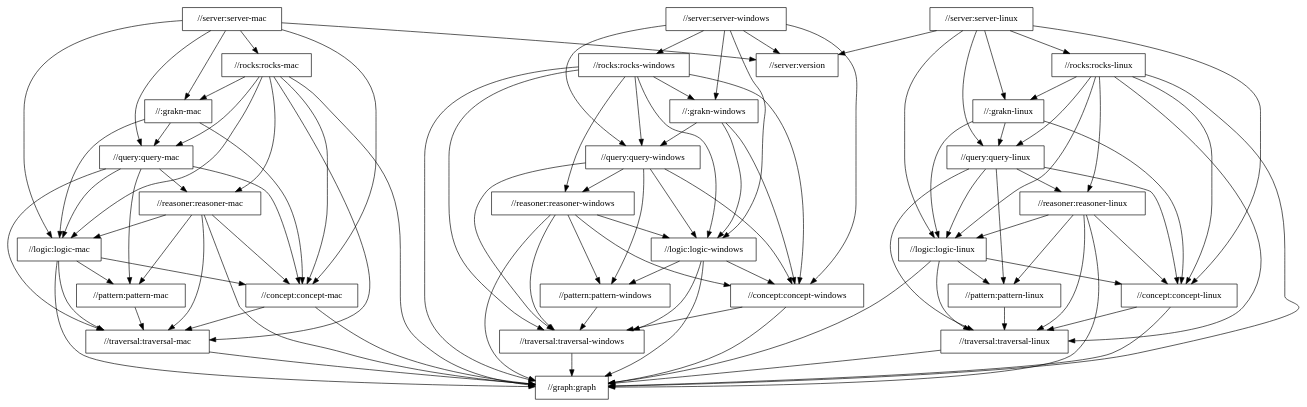
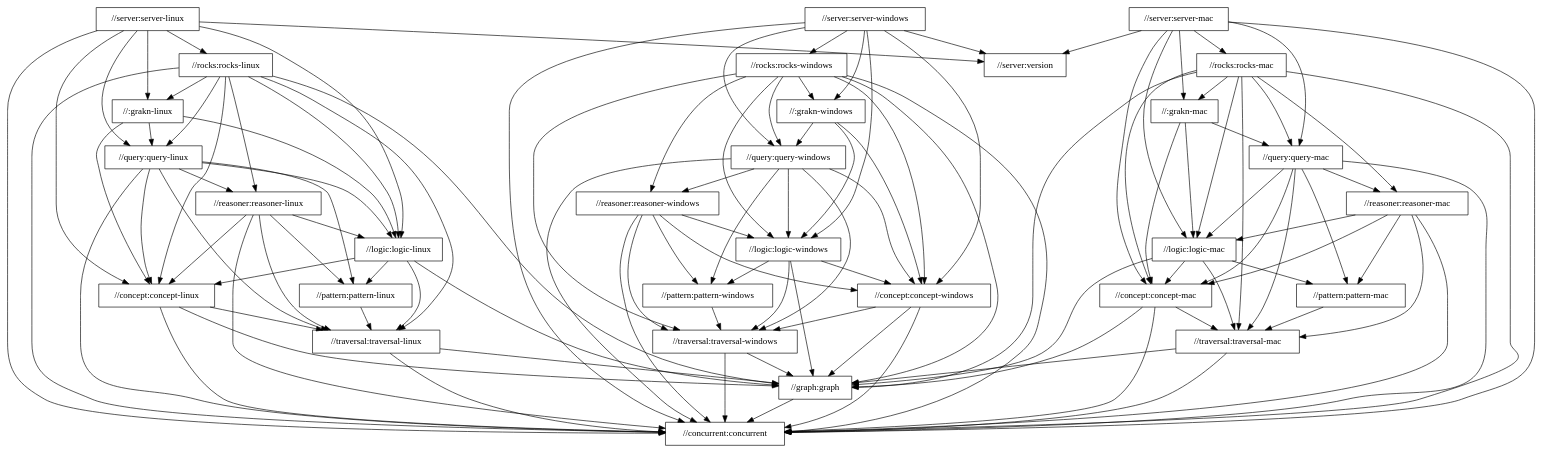
One commit to typedb/typedb changed the diagram in docs/package-structure.dot. Above: the diagram before and after it, drawn with Graphviz. The commit also changed 1 other file, not shown here.

```diff
--- a/docs/package-structure.dot
+++ b/docs/package-structure.dot
@@ -1,134 +1,151 @@
 digraph mygraph {
   node [shape=box];
+  "//server:server-linux"
+  "//server:server-linux" -> "//:grakn-linux"
+  "//server:server-linux" -> "//server:version"
+  "//server:server-linux" -> "//concept:concept-linux"
+  "//server:server-linux" -> "//concurrent:concurrent"
+  "//server:server-linux" -> "//logic:logic-linux"
+  "//server:server-linux" -> "//query:query-linux"
+  "//server:server-linux" -> "//rocks:rocks-linux"
+  "//server:server-windows"
+  "//server:server-windows" -> "//:grakn-windows"
+  "//server:server-windows" -> "//server:version"
+  "//server:server-windows" -> "//concept:concept-windows"
+  "//server:server-windows" -> "//concurrent:concurrent"
+  "//server:server-windows" -> "//logic:logic-windows"
+  "//server:server-windows" -> "//query:query-windows"
+  "//server:server-windows" -> "//rocks:rocks-windows"
+  "//rocks:rocks-windows"
+  "//rocks:rocks-windows" -> "//:grakn-windows"
+  "//rocks:rocks-windows" -> "//traversal:traversal-windows"
+  "//rocks:rocks-windows" -> "//concept:concept-windows"
+  "//rocks:rocks-windows" -> "//concurrent:concurrent"
+  "//rocks:rocks-windows" -> "//graph:graph"
+  "//rocks:rocks-windows" -> "//logic:logic-windows"
+  "//rocks:rocks-windows" -> "//query:query-windows"
+  "//rocks:rocks-windows" -> "//reasoner:reasoner-windows"
   "//server:server-mac"
   "//server:server-mac" -> "//:grakn-mac"
   "//server:server-mac" -> "//server:version"
   "//server:server-mac" -> "//concept:concept-mac"
+  "//server:server-mac" -> "//concurrent:concurrent"
   "//server:server-mac" -> "//logic:logic-mac"
   "//server:server-mac" -> "//query:query-mac"
   "//server:server-mac" -> "//rocks:rocks-mac"
-  "//server:server-windows"
-  "//server:server-windows" -> "//:grakn-windows"
-  "//server:server-windows" -> "//server:version"
-  "//server:server-windows" -> "//concept:concept-windows"
-  "//server:server-windows" -> "//logic:logic-windows"
-  "//server:server-windows" -> "//query:query-windows"
-  "//server:server-windows" -> "//rocks:rocks-windows"
-  "//server:server-linux"
-  "//server:server-linux" -> "//:grakn-linux"
-  "//server:server-linux" -> "//server:version"
-  "//server:server-linux" -> "//concept:concept-linux"
-  "//server:server-linux" -> "//logic:logic-linux"
-  "//server:server-linux" -> "//query:query-linux"
-  "//server:server-linux" -> "//rocks:rocks-linux"
-  "//rocks:rocks-linux"
-  "//rocks:rocks-linux" -> "//:grakn-linux"
-  "//rocks:rocks-linux" -> "//traversal:traversal-linux"
-  "//rocks:rocks-linux" -> "//concept:concept-linux"
-  "//rocks:rocks-linux" -> "//graph:graph"
-  "//rocks:rocks-linux" -> "//logic:logic-linux"
-  "//rocks:rocks-linux" -> "//query:query-linux"
-  "//rocks:rocks-linux" -> "//reasoner:reasoner-linux"
-  "//server:version"
-  "//:grakn-linux"
-  "//:grakn-linux" -> "//concept:concept-linux"
-  "//:grakn-linux" -> "//logic:logic-linux"
-  "//:grakn-linux" -> "//query:query-linux"
   "//rocks:rocks-mac"
   "//rocks:rocks-mac" -> "//:grakn-mac"
   "//rocks:rocks-mac" -> "//traversal:traversal-mac"
   "//rocks:rocks-mac" -> "//concept:concept-mac"
+  "//rocks:rocks-mac" -> "//concurrent:concurrent"
   "//rocks:rocks-mac" -> "//graph:graph"
   "//rocks:rocks-mac" -> "//logic:logic-mac"
   "//rocks:rocks-mac" -> "//query:query-mac"
   "//rocks:rocks-mac" -> "//reasoner:reasoner-mac"
-  "//rocks:rocks-windows"
-  "//rocks:rocks-windows" -> "//:grakn-windows"
-  "//rocks:rocks-windows" -> "//traversal:traversal-windows"
-  "//rocks:rocks-windows" -> "//concept:concept-windows"
-  "//rocks:rocks-windows" -> "//graph:graph"
-  "//rocks:rocks-windows" -> "//logic:logic-windows"
-  "//rocks:rocks-windows" -> "//query:query-windows"
-  "//rocks:rocks-windows" -> "//reasoner:reasoner-windows"
+  "//server:version"
   "//:grakn-windows"
   "//:grakn-windows" -> "//concept:concept-windows"
   "//:grakn-windows" -> "//logic:logic-windows"
   "//:grakn-windows" -> "//query:query-windows"
   "//query:query-windows"
+  "//query:query-windows" -> "//traversal:traversal-windows"
   "//query:query-windows" -> "//concept:concept-windows"
+  "//query:query-windows" -> "//concurrent:concurrent"
   "//query:query-windows" -> "//logic:logic-windows"
   "//query:query-windows" -> "//pattern:pattern-windows"
   "//query:query-windows" -> "//reasoner:reasoner-windows"
-  "//query:query-windows" -> "//traversal:traversal-windows"
   "//reasoner:reasoner-windows"
   "//reasoner:reasoner-windows" -> "//concept:concept-windows"
-  "//reasoner:reasoner-windows" -> "//graph:graph"
+  "//reasoner:reasoner-windows" -> "//concurrent:concurrent"
   "//reasoner:reasoner-windows" -> "//logic:logic-windows"
   "//reasoner:reasoner-windows" -> "//pattern:pattern-windows"
   "//reasoner:reasoner-windows" -> "//traversal:traversal-windows"
+  "//logic:logic-windows"
+  "//logic:logic-windows" -> "//concept:concept-windows"
+  "//logic:logic-windows" -> "//graph:graph"
+  "//logic:logic-windows" -> "//pattern:pattern-windows"
+  "//logic:logic-windows" -> "//traversal:traversal-windows"
+  "//pattern:pattern-windows"
+  "//pattern:pattern-windows" -> "//traversal:traversal-windows"
+  "//concept:concept-windows"
+  "//concept:concept-windows" -> "//concurrent:concurrent"
+  "//concept:concept-windows" -> "//graph:graph"
+  "//concept:concept-windows" -> "//traversal:traversal-windows"
+  "//rocks:rocks-linux"
+  "//rocks:rocks-linux" -> "//:grakn-linux"
+  "//rocks:rocks-linux" -> "//traversal:traversal-linux"
+  "//rocks:rocks-linux" -> "//concept:concept-linux"
+  "//rocks:rocks-linux" -> "//concurrent:concurrent"
+  "//rocks:rocks-linux" -> "//graph:graph"
+  "//rocks:rocks-linux" -> "//logic:logic-linux"
+  "//rocks:rocks-linux" -> "//query:query-linux"
+  "//rocks:rocks-linux" -> "//reasoner:reasoner-linux"
+  "//:grakn-linux"
+  "//:grakn-linux" -> "//concept:concept-linux"
+  "//:grakn-linux" -> "//logic:logic-linux"
+  "//:grakn-linux" -> "//query:query-linux"
   "//query:query-linux"
+  "//query:query-linux" -> "//traversal:traversal-linux"
   "//query:query-linux" -> "//concept:concept-linux"
+  "//query:query-linux" -> "//concurrent:concurrent"
   "//query:query-linux" -> "//logic:logic-linux"
   "//query:query-linux" -> "//pattern:pattern-linux"
   "//query:query-linux" -> "//reasoner:reasoner-linux"
-  "//query:query-linux" -> "//traversal:traversal-linux"
   "//reasoner:reasoner-linux"
   "//reasoner:reasoner-linux" -> "//concept:concept-linux"
-  "//reasoner:reasoner-linux" -> "//graph:graph"
+  "//reasoner:reasoner-linux" -> "//concurrent:concurrent"
   "//reasoner:reasoner-linux" -> "//logic:logic-linux"
   "//reasoner:reasoner-linux" -> "//pattern:pattern-linux"
   "//reasoner:reasoner-linux" -> "//traversal:traversal-linux"
   "//logic:logic-linux"
   "//logic:logic-linux" -> "//concept:concept-linux"
   "//logic:logic-linux" -> "//graph:graph"
   "//logic:logic-linux" -> "//pattern:pattern-linux"
   "//logic:logic-linux" -> "//traversal:traversal-linux"
   "//pattern:pattern-linux"
   "//pattern:pattern-linux" -> "//traversal:traversal-linux"
-  "//logic:logic-windows"
-  "//logic:logic-windows" -> "//concept:concept-windows"
-  "//logic:logic-windows" -> "//graph:graph"
-  "//logic:logic-windows" -> "//pattern:pattern-windows"
-  "//logic:logic-windows" -> "//traversal:traversal-windows"
-  "//pattern:pattern-windows"
-  "//pattern:pattern-windows" -> "//traversal:traversal-windows"
-  "//concept:concept-windows"
-  "//concept:concept-windows" -> "//graph:graph"
-  "//concept:concept-windows" -> "//traversal:traversal-windows"
-  "//traversal:traversal-windows"
-  "//traversal:traversal-windows" -> "//graph:graph"
+  "//concept:concept-linux"
+  "//concept:concept-linux" -> "//concurrent:concurrent"
+  "//concept:concept-linux" -> "//graph:graph"
+  "//concept:concept-linux" -> "//traversal:traversal-linux"
   "//:grakn-mac"
   "//:grakn-mac" -> "//concept:concept-mac"
   "//:grakn-mac" -> "//logic:logic-mac"
   "//:grakn-mac" -> "//query:query-mac"
   "//query:query-mac"
+  "//query:query-mac" -> "//traversal:traversal-mac"
   "//query:query-mac" -> "//concept:concept-mac"
+  "//query:query-mac" -> "//concurrent:concurrent"
   "//query:query-mac" -> "//logic:logic-mac"
   "//query:query-mac" -> "//pattern:pattern-mac"
   "//query:query-mac" -> "//reasoner:reasoner-mac"
-  "//query:query-mac" -> "//traversal:traversal-mac"
-  "//concept:concept-linux"
-  "//concept:concept-linux" -> "//graph:graph"
-  "//concept:concept-linux" -> "//traversal:traversal-linux"
-  "//traversal:traversal-linux"
-  "//traversal:traversal-linux" -> "//graph:graph"
   "//reasoner:reasoner-mac"
   "//reasoner:reasoner-mac" -> "//concept:concept-mac"
-  "//reasoner:reasoner-mac" -> "//graph:graph"
+  "//reasoner:reasoner-mac" -> "//concurrent:concurrent"
   "//reasoner:reasoner-mac" -> "//logic:logic-mac"
   "//reasoner:reasoner-mac" -> "//pattern:pattern-mac"
   "//reasoner:reasoner-mac" -> "//traversal:traversal-mac"
   "//logic:logic-mac"
   "//logic:logic-mac" -> "//concept:concept-mac"
   "//logic:logic-mac" -> "//graph:graph"
   "//logic:logic-mac" -> "//pattern:pattern-mac"
   "//logic:logic-mac" -> "//traversal:traversal-mac"
   "//pattern:pattern-mac"
   "//pattern:pattern-mac" -> "//traversal:traversal-mac"
+  "//traversal:traversal-windows"
+  "//traversal:traversal-windows" -> "//concurrent:concurrent"
+  "//traversal:traversal-windows" -> "//graph:graph"
   "//concept:concept-mac"
+  "//concept:concept-mac" -> "//concurrent:concurrent"
   "//concept:concept-mac" -> "//graph:graph"
   "//concept:concept-mac" -> "//traversal:traversal-mac"
   "//traversal:traversal-mac"
+  "//traversal:traversal-mac" -> "//concurrent:concurrent"
   "//traversal:traversal-mac" -> "//graph:graph"
+  "//traversal:traversal-linux"
+  "//traversal:traversal-linux" -> "//concurrent:concurrent"
+  "//traversal:traversal-linux" -> "//graph:graph"
   "//graph:graph"
+  "//graph:graph" -> "//concurrent:concurrent"
+  "//concurrent:concurrent"
 }
```
